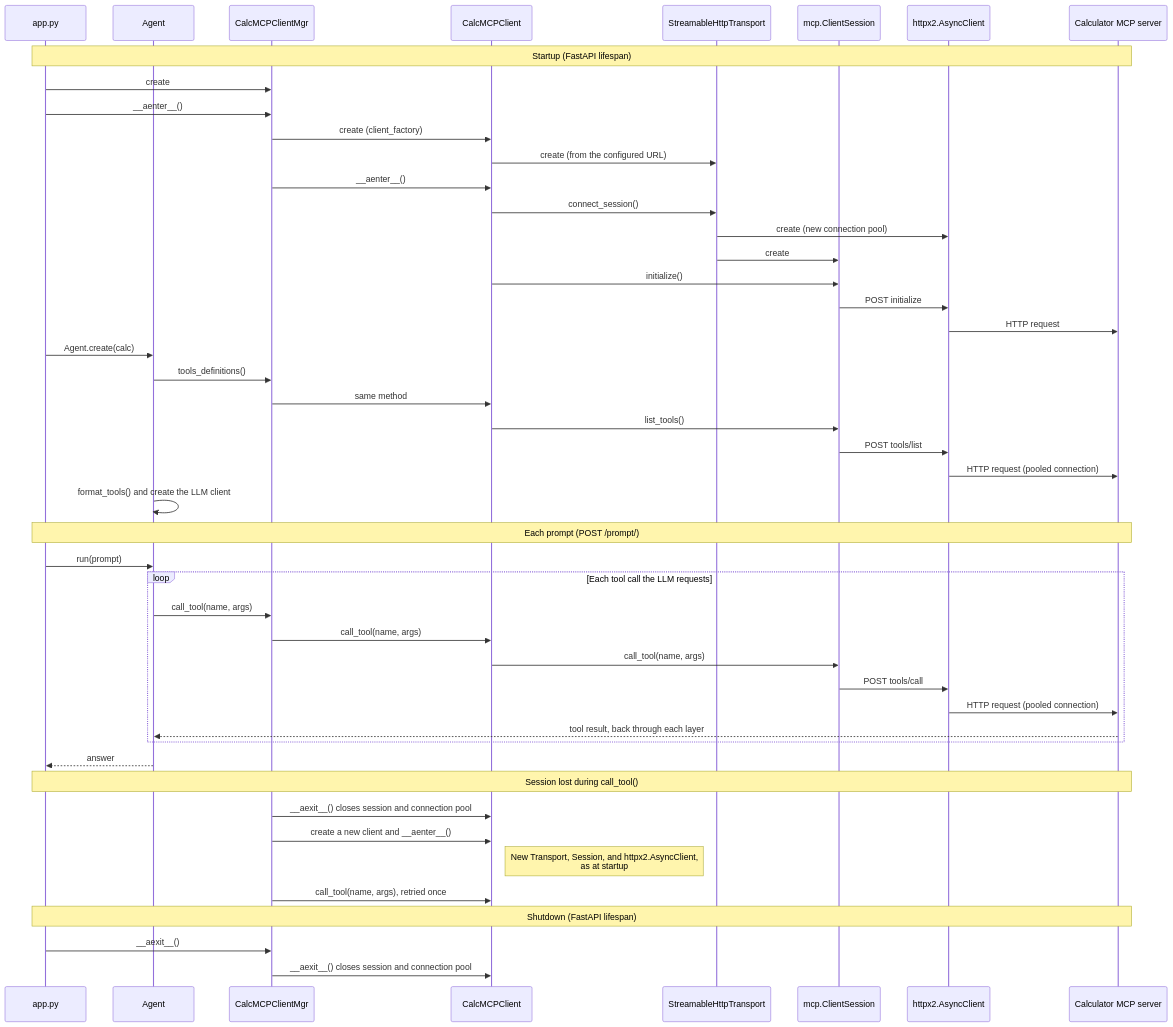
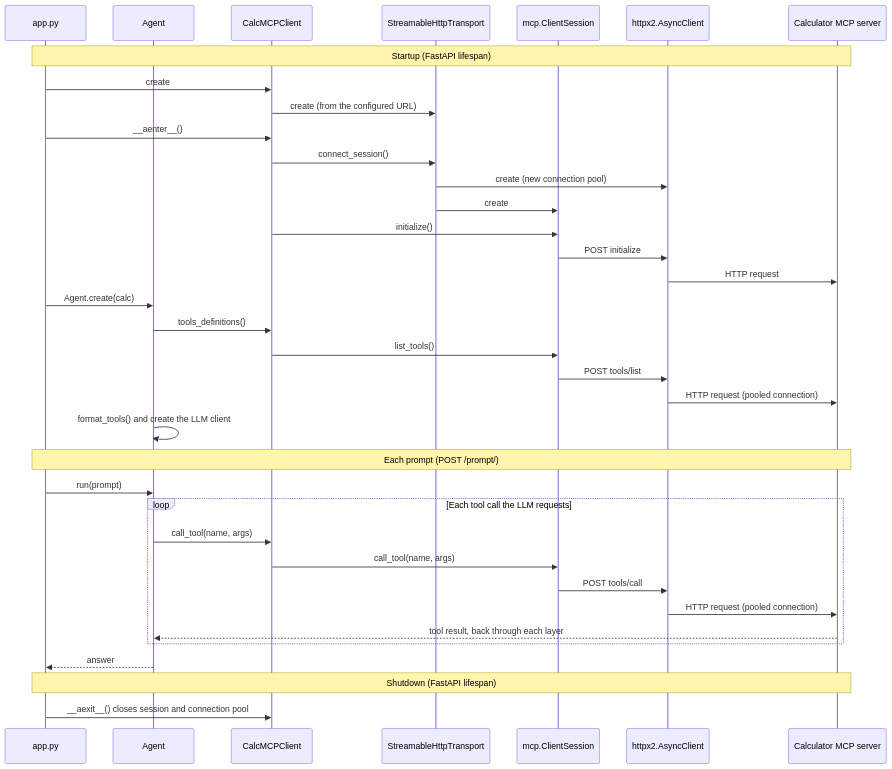
The diagram in docs/SEQUENCE_DIAGRAM.md (rubensgomes-org/math-ai-agent), drawn with Mermaid before and after one commit. The commit also changed 20 other files, not shown here.

````diff
--- a/docs/SEQUENCE_DIAGRAM.md
+++ b/docs/SEQUENCE_DIAGRAM.md
@@ -11,53 +11,41 @@
 ```mermaid
 sequenceDiagram
     participant App as app.py
     participant Agent
-    participant Conn as CalcMCPClientMgr
     participant Client as CalcMCPClient
     participant Transport as StreamableHttpTransport
     participant Session as mcp.ClientSession
     participant Http as httpx2.AsyncClient
     participant Server as Calculator MCP server
 
     Note over App,Server: Startup (FastAPI lifespan)
-    App->>Conn: create
-    App->>Conn: __aenter__()
-    Conn->>Client: create (client_factory)
+    App->>Client: create
     Client->>Transport: create (from the configured URL)
-    Conn->>Client: __aenter__()
+    App->>Client: __aenter__()
     Client->>Transport: connect_session()
     Transport->>Http: create (new connection pool)
     Transport->>Session: create
     Client->>Session: initialize()
     Session->>Http: POST initialize
     Http->>Server: HTTP request
     App->>Agent: Agent.create(calc)
-    Agent->>Conn: tools_definitions()
-    Conn->>Client: same method
+    Agent->>Client: tools_definitions()
     Client->>Session: list_tools()
     Session->>Http: POST tools/list
     Http->>Server: HTTP request (pooled connection)
     Agent->>Agent: format_tools() and create the LLM client
 
     Note over App,Server: Each prompt (POST /prompt/)
     App->>Agent: run(prompt)
     loop Each tool call the LLM requests
-        Agent->>Conn: call_tool(name, args)
-        Conn->>Client: call_tool(name, args)
+        Agent->>Client: call_tool(name, args)
         Client->>Session: call_tool(name, args)
         Session->>Http: POST tools/call
         Http->>Server: HTTP request (pooled connection)
         Server-->>Agent: tool result, back through each layer
     end
     Agent-->>App: answer
 
-    Note over App,Server: Session lost during call_tool()
-    Conn->>Client: __aexit__() closes session and connection pool
-    Conn->>Client: create a new client and __aenter__()
-    Note right of Client: New Transport, Session, and httpx2.AsyncClient,<br/>as at startup
-    Conn->>Client: call_tool(name, args), retried once
-
     Note over App,Server: Shutdown (FastAPI lifespan)
-    App->>Conn: __aexit__()
-    Conn->>Client: __aexit__() closes session and connection pool
+    App->>Client: __aexit__() closes session and connection pool
 ```
````
